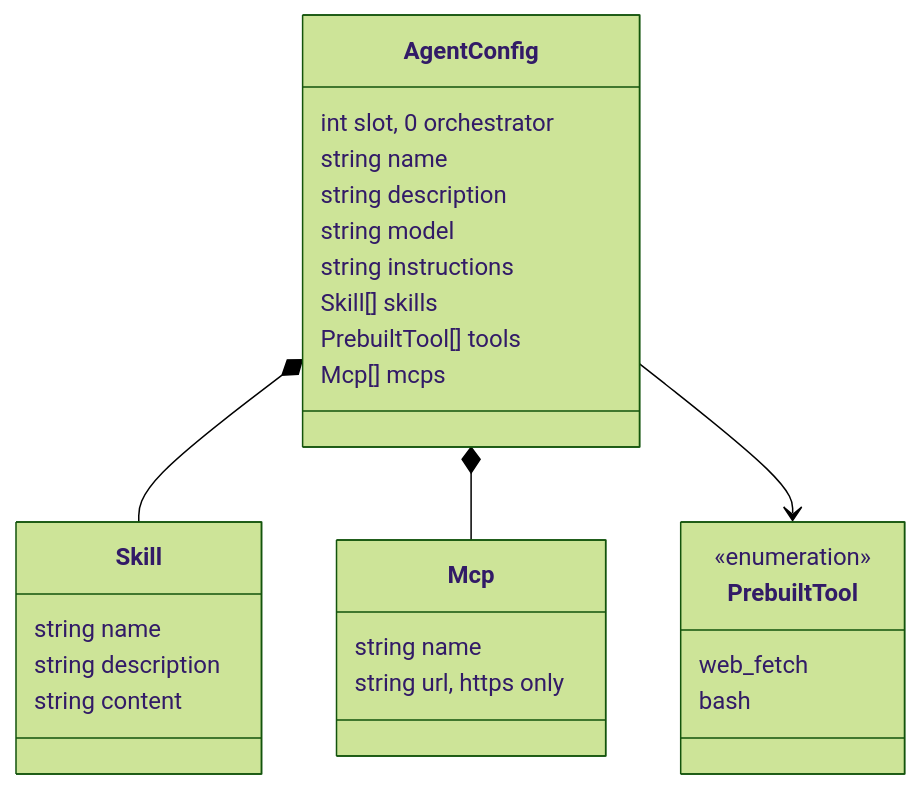
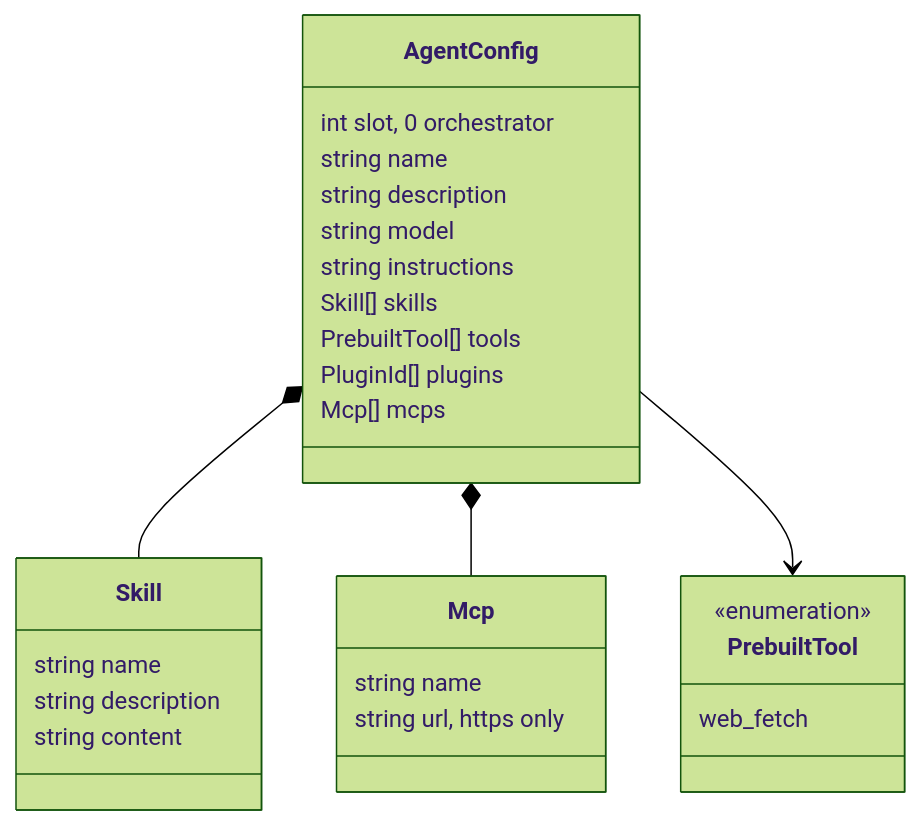
Before and after one commit to riley-zammit/Eve-Foundry: the second of 3 diagrams in architecture.md, drawn with Mermaid (forest theme). The commit also changed other lines of this file and 17 other files, not shown here.

````diff
--- a/architecture.md
+++ b/architecture.md
@@ -170,30 +171,30 @@
 ```mermaid
 classDiagram
     class AgentConfig {
         int slot, 0 orchestrator
         string name
         string description
         string model
         string instructions
         Skill[] skills
         PrebuiltTool[] tools
+        PluginId[] plugins
         Mcp[] mcps
     }
     class Skill {
         string name
         string description
         string content
     }
     class Mcp {
         string name
         string url, https only
     }
     class PrebuiltTool {
         <<enumeration>>
         web_fetch
-        bash
     }
     AgentConfig *-- Skill
     AgentConfig *-- Mcp
     AgentConfig --> PrebuiltTool
 ```
````
